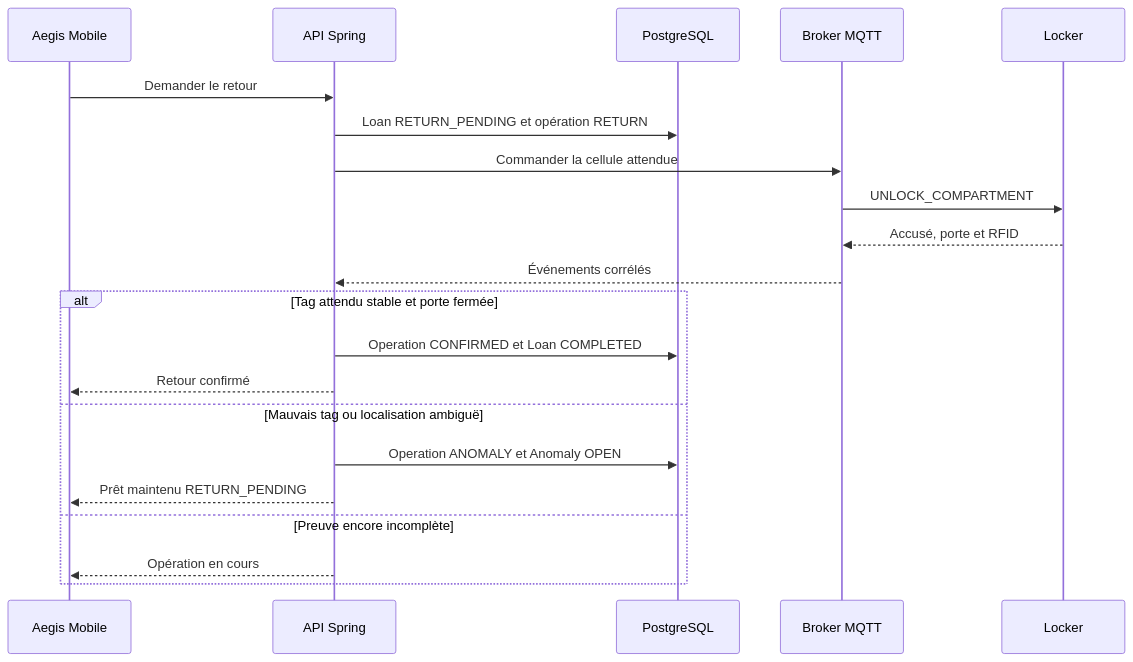
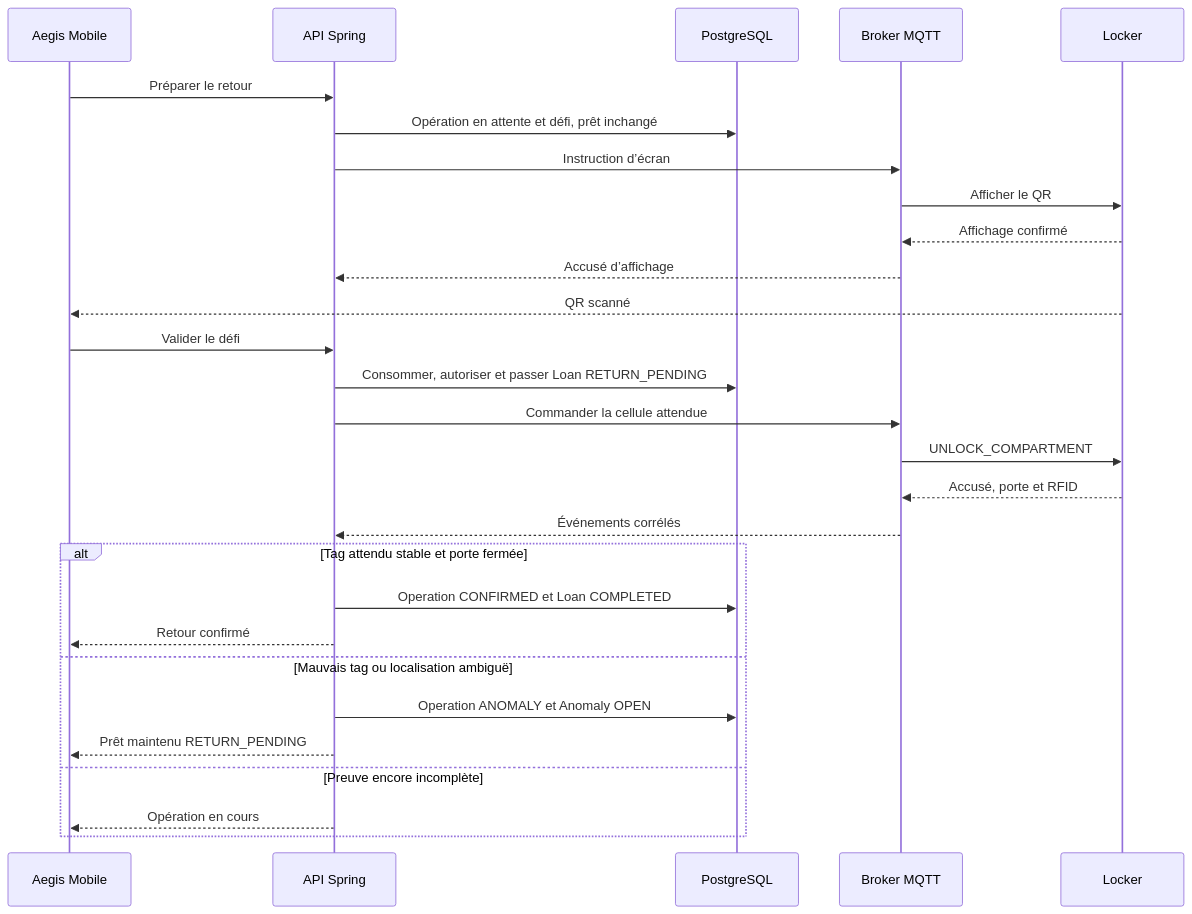
Before and after one commit to PhilJordan18/aegis: the seventh of 10 diagrams in docs/cahier-conception/06-algorithmes-et-flux-fonctionnels.md, drawn with Mermaid. The commit also changed other lines of this file and 12 other files, not shown here.

````diff
--- a/docs/cahier-conception/06-algorithmes-et-flux-fonctionnels.md
+++ b/docs/cahier-conception/06-algorithmes-et-flux-fonctionnels.md
@@ -862,24 +911,31 @@
 ```mermaid
 sequenceDiagram
     participant M as Aegis Mobile
     participant A as API Spring
     participant D as PostgreSQL
     participant B as Broker MQTT
     participant H as Locker
 
-    M->>A: Demander le retour
-    A->>D: Loan RETURN_PENDING et opération RETURN
+    M->>A: Préparer le retour
+    A->>D: Opération en attente et défi, prêt inchangé
+    A->>B: Instruction d’écran
+    B->>H: Afficher le QR
+    H-->>B: Affichage confirmé
+    B-->>A: Accusé d’affichage
+    H-->>M: QR scanné
+    M->>A: Valider le défi
+    A->>D: Consommer, autoriser et passer Loan RETURN_PENDING
     A->>B: Commander la cellule attendue
     B->>H: UNLOCK_COMPARTMENT
     H-->>B: Accusé, porte et RFID
     B-->>A: Événements corrélés
     alt Tag attendu stable et porte fermée
         A->>D: Operation CONFIRMED et Loan COMPLETED
         A-->>M: Retour confirmé
     else Mauvais tag ou localisation ambiguë
         A->>D: Operation ANOMALY et Anomaly OPEN
         A-->>M: Prêt maintenu RETURN_PENDING
     else Preuve encore incomplète
         A-->>M: Opération en cours
     end
 ```
````
